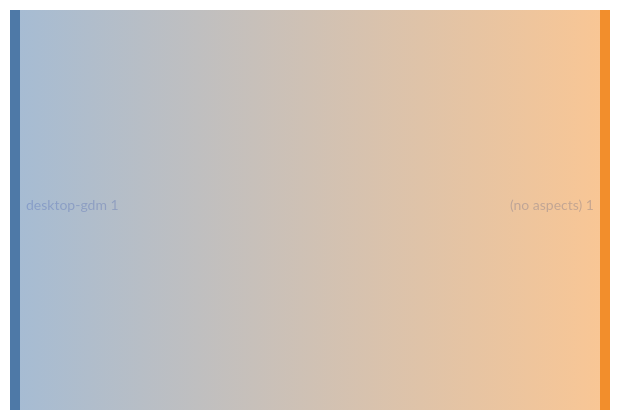
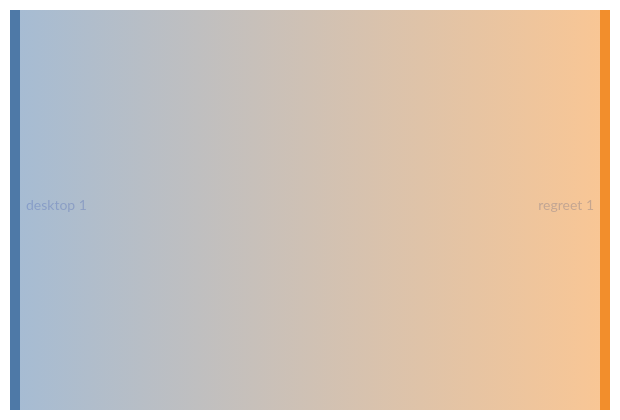
The diagram in templates/diag-fx-demo/diagrams/desktop-gdm-sankey.md (sini/den), drawn with Mermaid before and after one commit. The commit also changed 526 other files, not shown here.

Commit message:
chore: update fx diagrams

````diff
--- a/templates/diag-fx-demo/diagrams/desktop-gdm-sankey.md
+++ b/templates/diag-fx-demo/diagrams/desktop-gdm-sankey.md
@@ -5,6 +5,6 @@
 ```mermaid
 %%{init: {"theme":"base","themeVariables":{"activationBkgColor":"#313244","activationBorderColor":"#6c7086","actorBkg":"#313244","actorBorder":"#a6adc8","actorLineColor":"#a6adc8","actorTextColor":"#cdd6f4","background":"#1e1e2e","classText":"#cdd6f4","clusterBkg":"#313244","clusterBorder":"#6c7086","edgeLabelBackground":"#1e1e2e","labelBoxBkgColor":"#313244","labelBoxBorderColor":"#a6adc8","labelTextColor":"#cdd6f4","lineColor":"#a6adc8","loopTextColor":"#cdd6f4","mainBkg":"#313244","nodeBkg":"#313244","nodeBorder":"#a6adc8","nodeTextColor":"#cdd6f4","noteBkgColor":"#313244","noteBorderColor":"#6c7086","noteTextColor":"#cdd6f4","pie1":"#f38ba8","pie2":"#fab387","pie3":"#f9e2af","pie4":"#a6e3a1","pie5":"#94e2d5","pie6":"#89b4fa","pie7":"#cba6f7","pie8":"#f2cdcd","pieLegendTextColor":"#cdd6f4","pieOuterStrokeColor":"#6c7086","pieSectionTextColor":"#cdd6f4","pieStrokeColor":"#6c7086","pieTitleTextColor":"#cdd6f4","primaryBorderColor":"#a6adc8","primaryColor":"#313244","primaryTextColor":"#cdd6f4","secondBkg":"#313244","secondaryBorderColor":"#6c7086","secondaryColor":"#313244","secondaryTextColor":"#cdd6f4","sequenceNumberColor":"#1e1e2e","signalColor":"#a6adc8","signalTextColor":"#cdd6f4","tertiaryBorderColor":"#6c7086","tertiaryColor":"#313244","tertiaryTextColor":"#cdd6f4","textColor":"#cdd6f4","titleColor":"#cdd6f4"}}}%%
 sankey-beta
 
-"desktop-gdm","(no aspects)",1
+"desktop","regreet",1
 ```
````
